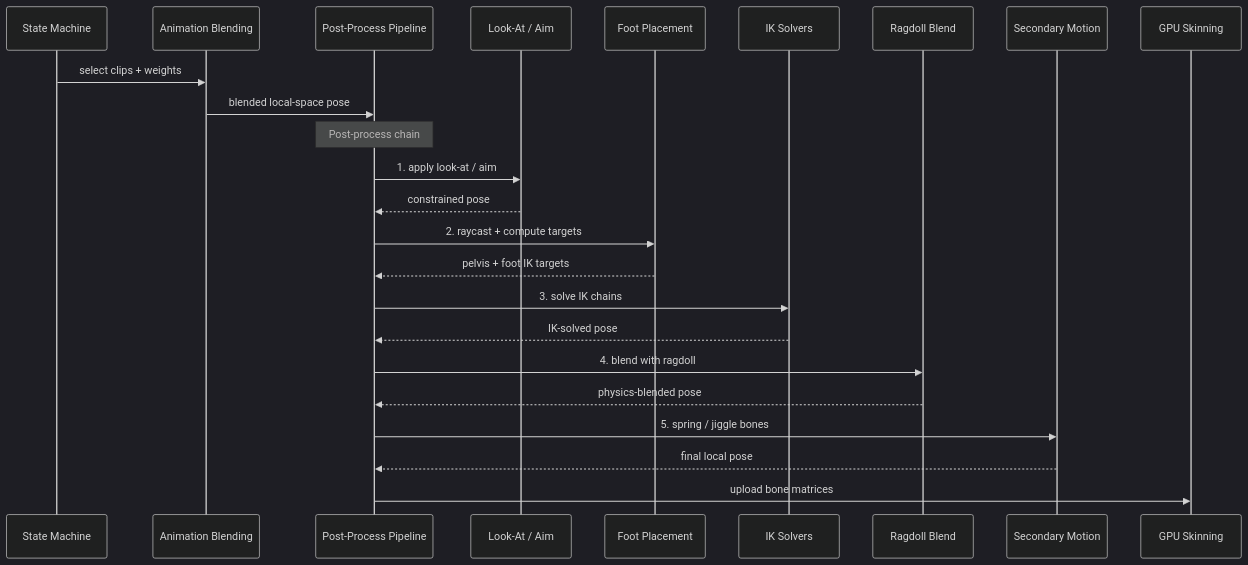
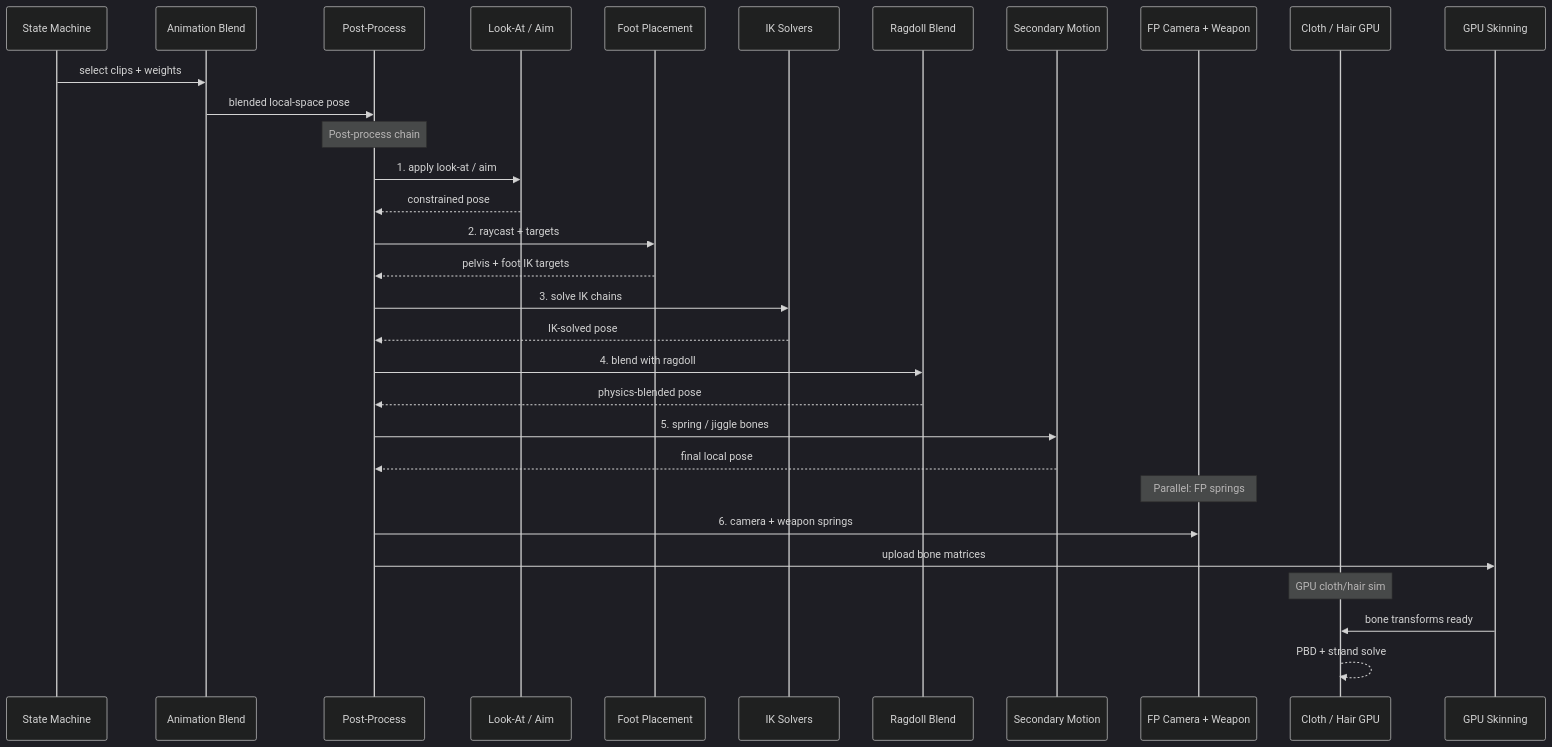
One commit to harmonius-dev/harmonius changed the second of 12 diagrams in docs/design/animation/procedural.md. Above: the diagram before and after it, drawn with Mermaid (dark theme). The commit also changed other lines of this file and 229 other files, not shown here.

````diff
--- a/docs/design/animation/procedural.md
+++ b/docs/design/animation/procedural.md
@@ -179,30 +280,38 @@
 ```mermaid
 sequenceDiagram
     participant STM as State Machine
-    participant BL as Animation Blending
-    participant PP as Post-Process Pipeline
+    participant BL as Animation Blend
+    participant PP as Post-Process
     participant LA as Look-At / Aim
     participant FP as Foot Placement
     participant IK as IK Solvers
     participant RD as Ragdoll Blend
     participant SEC as Secondary Motion
+    participant FPS as FP Camera + Weapon
+    participant CLH as Cloth / Hair GPU
     participant SK as GPU Skinning
 
     STM->>BL: select clips + weights
     BL->>PP: blended local-space pose
 
     Note over PP: Post-process chain
-
     PP->>LA: 1. apply look-at / aim
     LA-->>PP: constrained pose
-    PP->>FP: 2. raycast + compute targets
+    PP->>FP: 2. raycast + targets
     FP-->>PP: pelvis + foot IK targets
     PP->>IK: 3. solve IK chains
     IK-->>PP: IK-solved pose
     PP->>RD: 4. blend with ragdoll
     RD-->>PP: physics-blended pose
     PP->>SEC: 5. spring / jiggle bones
     SEC-->>PP: final local pose
 
+    Note over FPS: Parallel: FP springs
+    PP->>FPS: 6. camera + weapon springs
+
     PP->>SK: upload bone matrices
+
+    Note over CLH: GPU cloth/hair sim
+    SK->>CLH: bone transforms ready
+    CLH-->>CLH: PBD + strand solve
 ```
````
